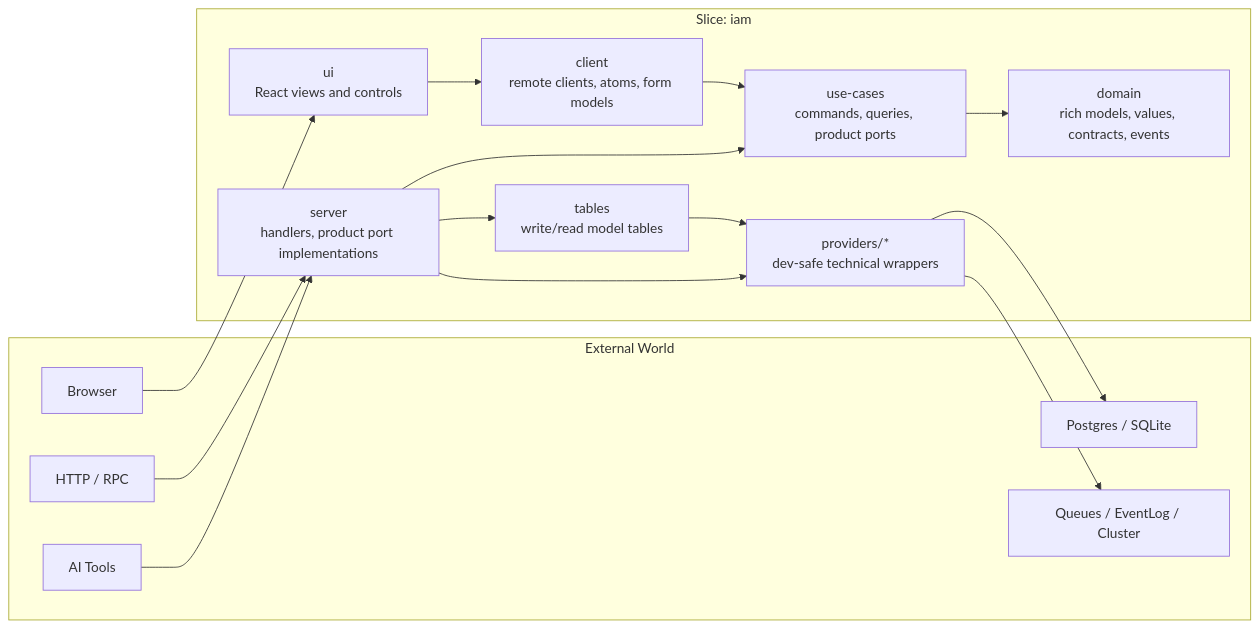
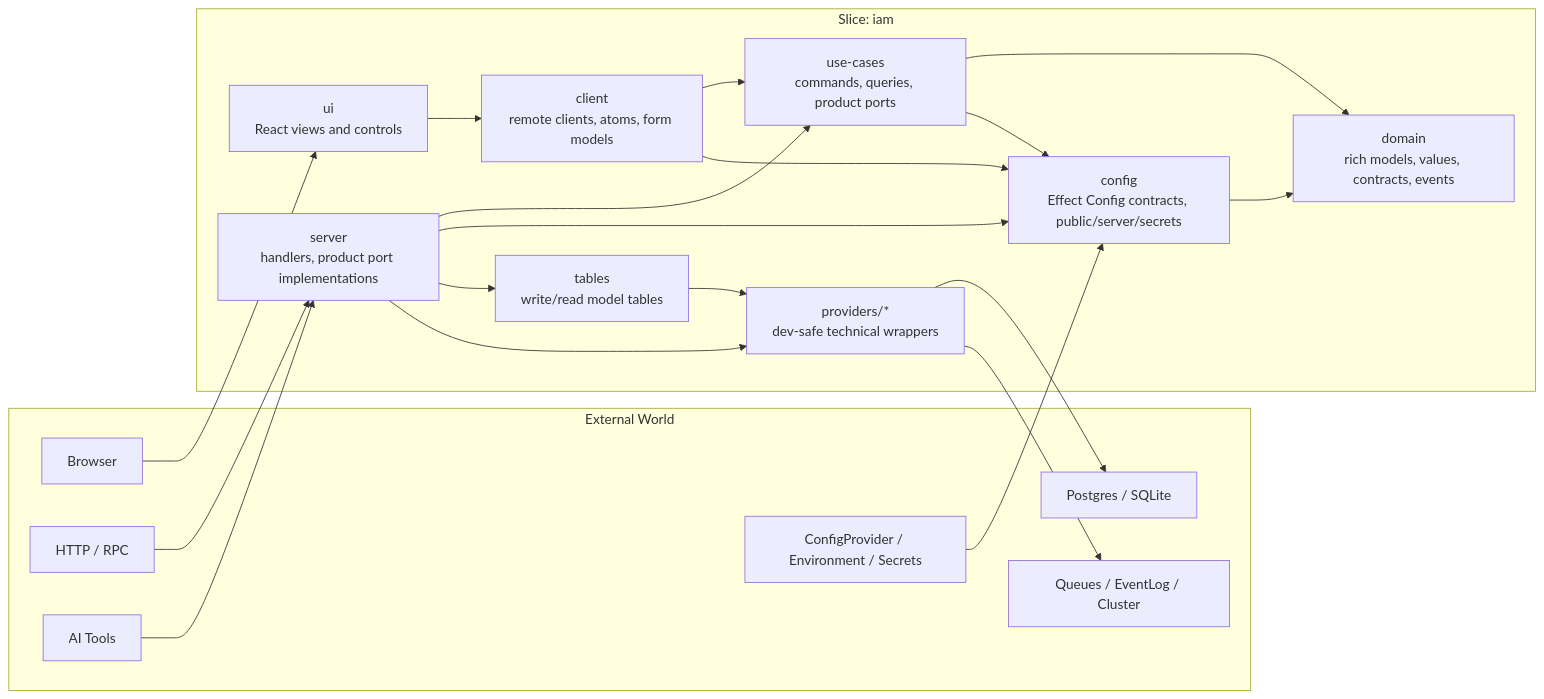
Before and after one commit to kriegcloud/beep-effect: the second of 6 diagrams in standards/ARCHITECTURE.md, drawn with Mermaid. The commit also changed other lines of this file and 292 other files, not shown here.

````diff
--- a/standards/ARCHITECTURE.md
+++ b/standards/ARCHITECTURE.md
@@ -178,29 +211,36 @@
 ```mermaid
 flowchart LR
   subgraph outside["External World"]
     browser["Browser"]
     http["HTTP / RPC"]
     ai["AI Tools"]
     db["Postgres / SQLite"]
     queue["Queues / EventLog / Cluster"]
+    configSource["ConfigProvider / Environment / Secrets"]
   end
 
   subgraph slice["Slice: iam"]
     domain["domain\nrich models, values, contracts, events"]
     usecases["use-cases\ncommands, queries, product ports"]
+    config["config\nEffect Config contracts, public/server/secrets"]
     server["server\nhandlers, product port implementations"]
     client["client\nremote clients, atoms, form models"]
     tables["tables\nwrite/read model tables"]
     ui["ui\nReact views and controls"]
     providers["providers/*\ndev-safe technical wrappers"]
   end
 
   browser --> ui --> client --> usecases --> domain
+  client --> config
   http --> server --> usecases
   ai --> server
+  server --> config
+  usecases --> config
+  config --> domain
+  configSource --> config
   server --> tables
   server --> providers
   tables --> providers
   providers --> db
   providers --> queue
 ```
````
